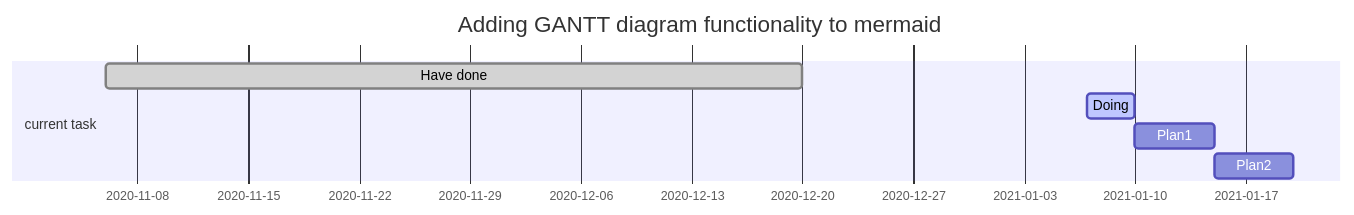
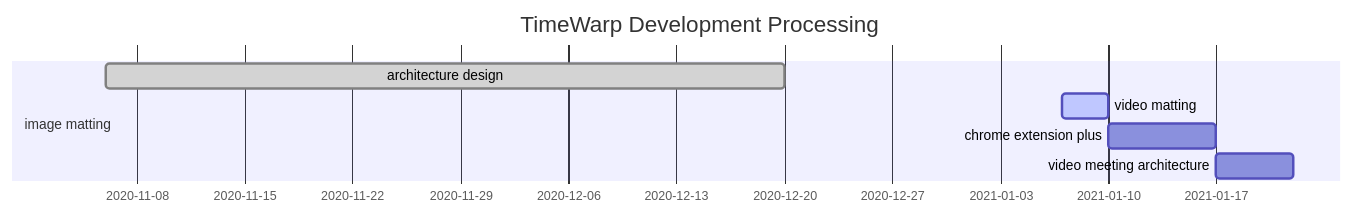
Before and after one commit to Charmve/TimeWarp: the diagram in README.md, drawn with Mermaid.

````diff
--- a/README.md
+++ b/README.md
@@ -54,10 +54,10 @@
 ```mermaid
 gantt
         dateFormat  YYYY-MM-DD
-        title Adding GANTT diagram functionality to mermaid
-        section current task
-        Have done           :done,    des1, 2020-11-06,2020-12-20
-        Doing               :active,  des2, 2021-01-07, 3d
-        Plan1               :         des3, after des2, 5d
-        Plan2               :         des4, after des3, 5d
+        title TimeWarp Development Processing
+        section image matting
+        architecture design          :done,    des1, 2020-11-06,2020-12-20
+        video matting                :active,  des2, 2021-01-07, 3d
+        chrome extension plus        :         des3, after des2, 7d
+        video meeting architecture   :         des4, after des3, 5d
 ```
````
